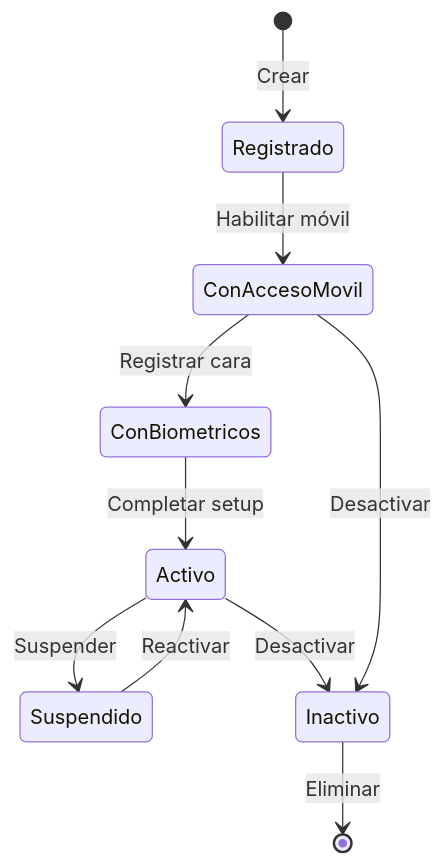
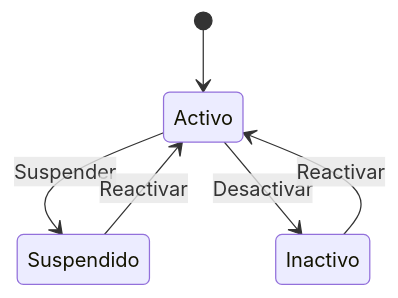
Before and after one commit to luicahleo/DocumentacionProyectos: the second of 6 diagrams in ICARUS/diagramas/estado.md, drawn with Mermaid. The commit also changed other lines of this file and 52 other files, not shown here.

````diff
--- a/ICARUS/diagramas/estado.md
+++ b/ICARUS/diagramas/estado.md
@@ -20,15 +28,8 @@
 ```mermaid
 stateDiagram-v2
-    [*] --> Registrado: Crear
-    Registrado --> ConAccesoMovil: Habilitar móvil
-    ConAccesoMovil --> ConBiometricos: Registrar cara
-    ConBiometricos --> Activo: Completar setup
-    
+    [*] --> Activo
     Activo --> Suspendido: Suspender
     Suspendido --> Activo: Reactivar
-    
     Activo --> Inactivo: Desactivar
-    ConAccesoMovil --> Inactivo: Desactivar
-    
-    Inactivo --> [*]: Eliminar
+    Inactivo --> Activo: Reactivar
 ```
````
